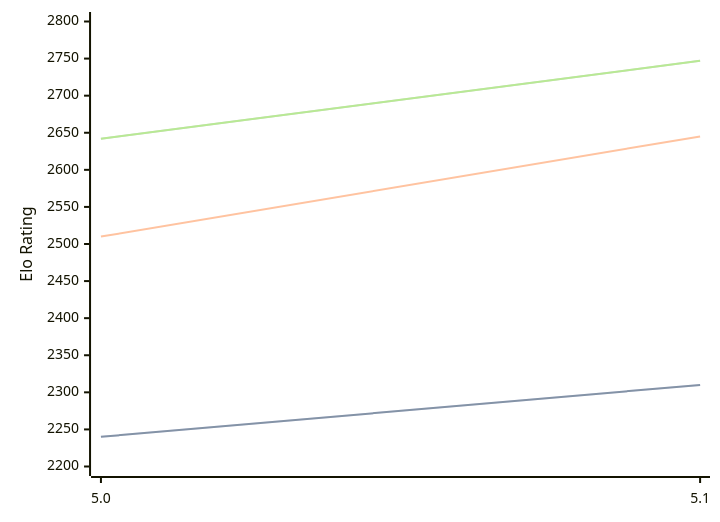
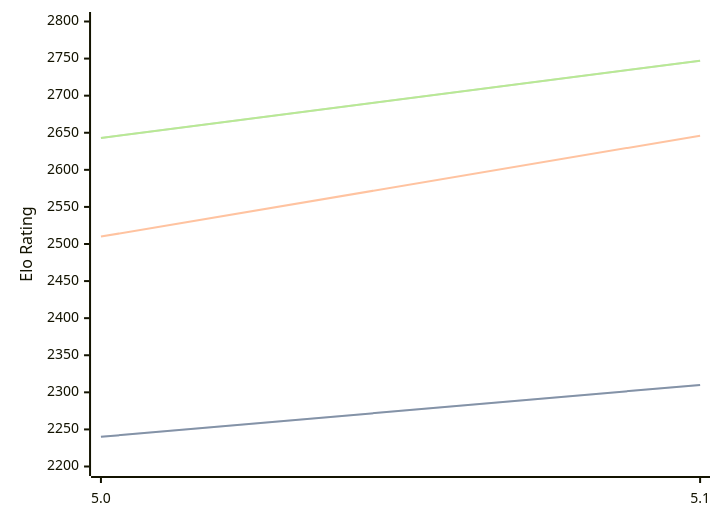
The diagram in engines/Dorky.md (computer-chess-index/cci), drawn with Mermaid before and after one commit. The commit also changed other lines of this file, not shown here.

Commit message:
Update CCI Ratings (ELO VLTC) - 2026-09-18

````diff
--- a/engines/Dorky.md
+++ b/engines/Dorky.md
@@ -32,11 +32,11 @@
 ```mermaid
 %%{init: {"theme":"base","themeVariables":{"seriesColors:['#a3a3a3','#222221','#faa371']}}}%%
 xychart-beta
   x-axis ["5.0", "5.1"]
   y-axis "Elo Rating" 2200 --> 2800
   line "" [2240, 2310]
   line "STC (8.0+0.08s)" [2240, 2310]
-  line "LTC (60.0+0.60s)" [2510, 2645]
-  line "" [2642, 2747]
-  line "VLTC (2m24s+1.12s)" [2642, 2747]
+  line "LTC (60.0+0.60s)" [2510, 2646]
+  line "" [2643, 2747]
+  line "VLTC (2m24s+1.12s)" [2643, 2747]
 ```
````
